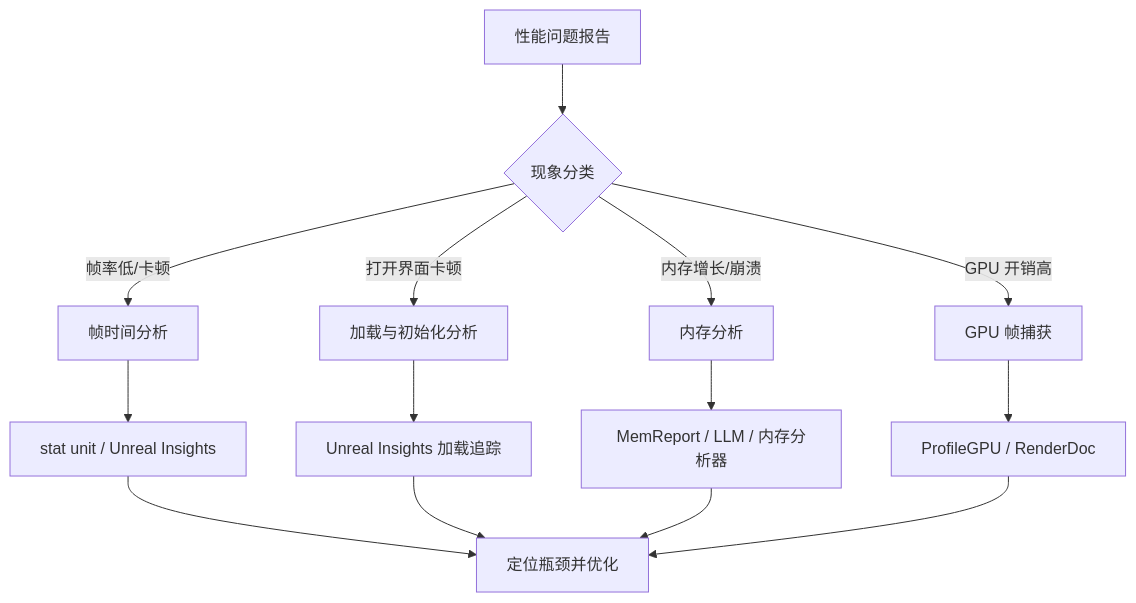
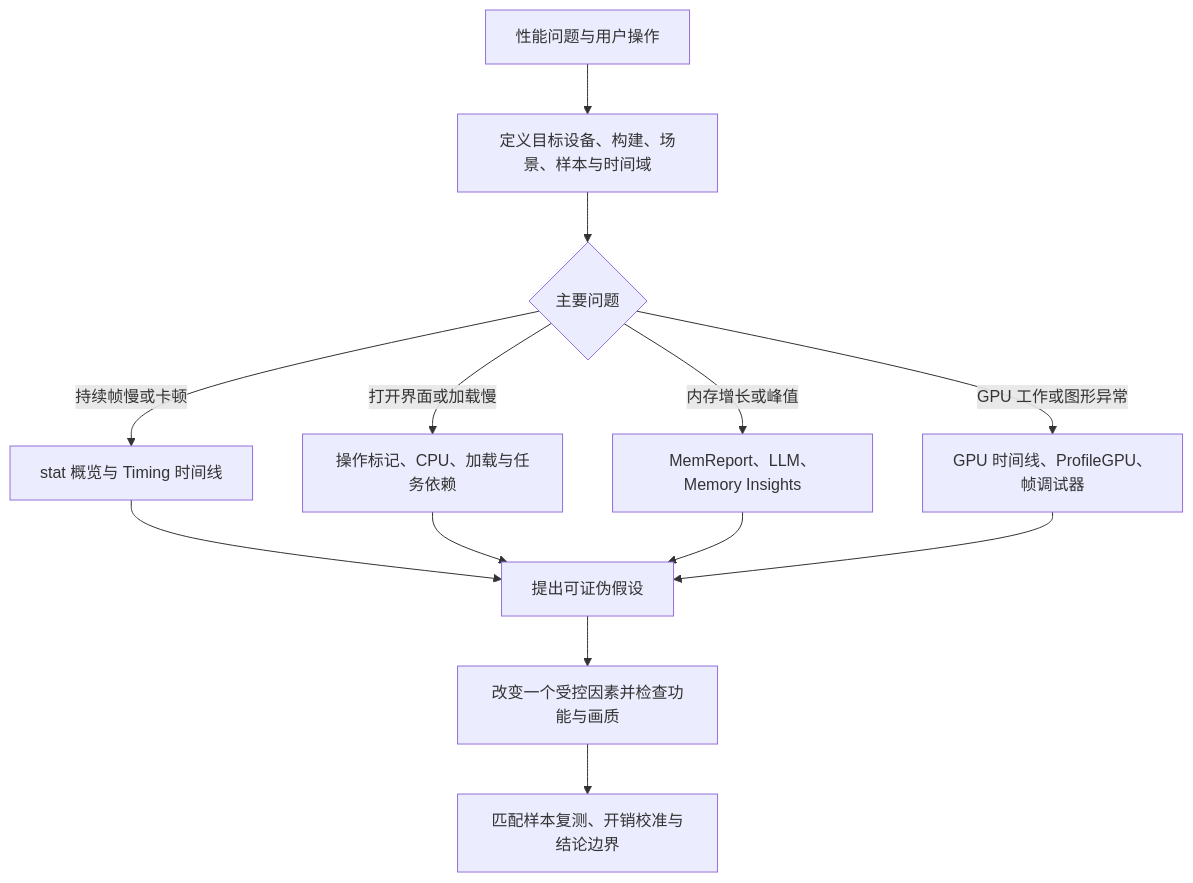
The first of 4 diagrams in 知识/08-工程实践与质量/调试与性能分析/03-性能分析工具与Profiling.md (fantuan812/learning), drawn with Mermaid before and after one commit. The commit also changed other lines of this file and 1 other file, not shown here.

````diff
--- a/知识/08-工程实践与质量/调试与性能分析/03-性能分析工具与Profiling.md
+++ b/知识/08-工程实践与质量/调试与性能分析/03-性能分析工具与Profiling.md
@@ -19,16 +23,15 @@
 ```mermaid
 flowchart TD
-    A[性能问题报告] --> B{现象分类}
-    B -->|帧率低/卡顿| C[帧时间分析]
-    B -->|打开界面卡顿| D[加载与初始化分析]
-    B -->|内存增长/崩溃| E[内存分析]
-    B -->|GPU 开销高| F[GPU 帧捕获]
-    C --> G[stat unit / Unreal Insights]
-    D --> H[Unreal Insights 加载追踪]
-    E --> I[MemReport / LLM / 内存分析器]
-    F --> J[ProfileGPU / RenderDoc]
-    G --> K[定位瓶颈并优化]
-    H --> K
-    I --> K
-    J --> K
+    A[性能问题与用户操作] --> B[定义目标设备、构建、场景、样本与时间域]
+    B --> C{主要问题}
+    C -->|持续帧慢或卡顿| D[stat 概览与 Timing 时间线]
+    C -->|打开界面或加载慢| E[操作标记、CPU、加载与任务依赖]
+    C -->|内存增长或峰值| F[MemReport、LLM、Memory Insights]
+    C -->|GPU 工作或图形异常| G[GPU 时间线、ProfileGPU、帧调试器]
+    D --> H[提出可证伪假设]
+    E --> H
+    F --> H
+    G --> H
+    H --> I[改变一个受控因素并检查功能与画质]
+    I --> J[匹配样本复测、开销校准与结论边界]
 ```
````
